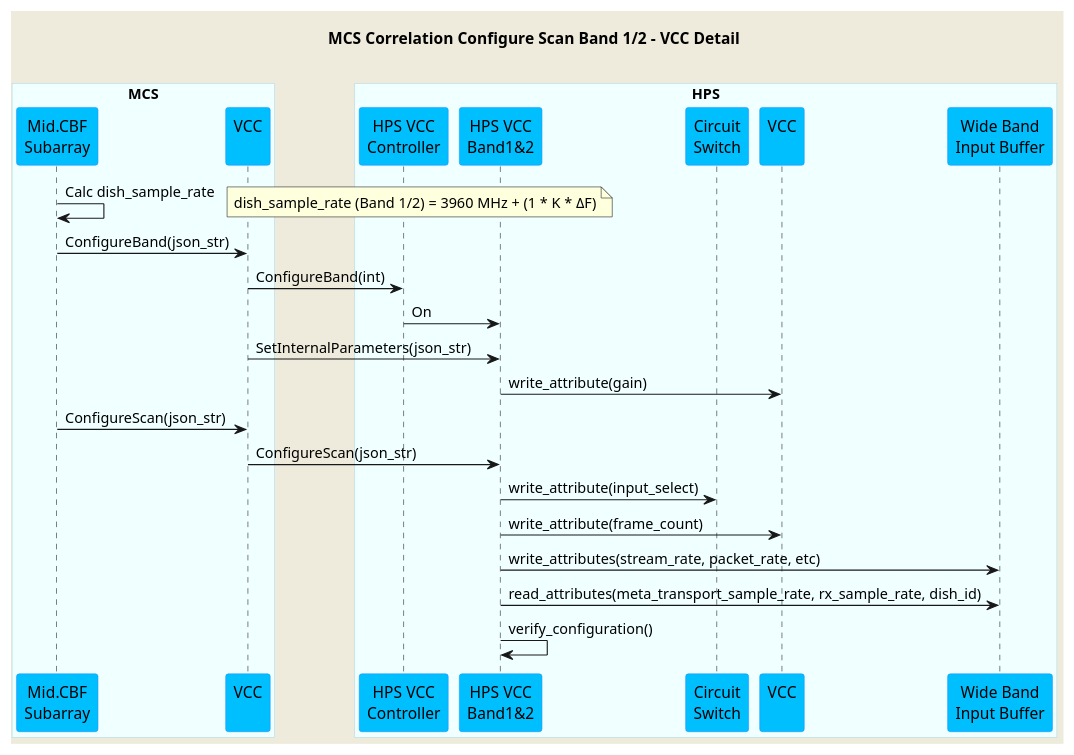
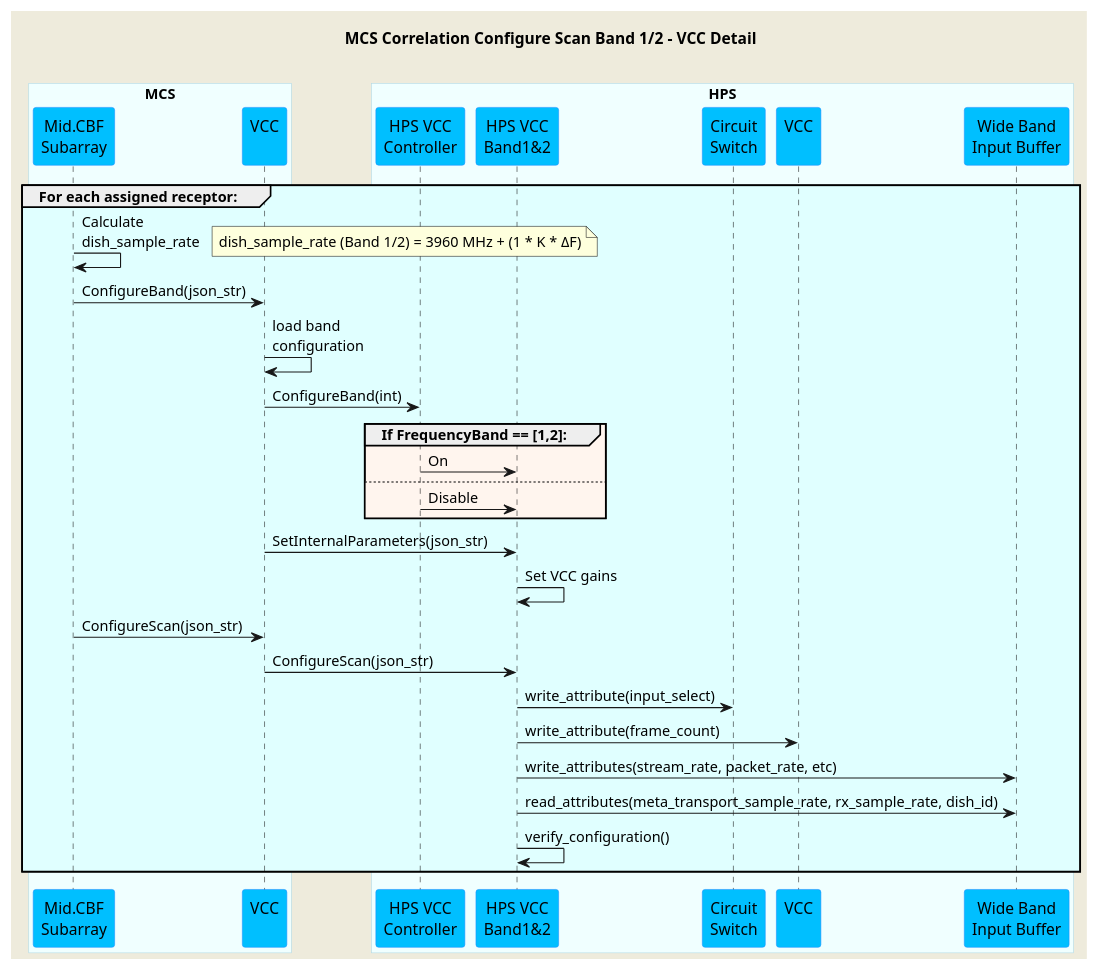
One commit to ska-telescope/mid-cbf-mcs changed the diagram in docs/src/diagrams/configure-scan-vcc.puml. Above: the diagram before and after it, drawn with PlantUML. The commit also changed 1 other file, not shown here.

Commit message:
CIP-2424 tweaks to configureScan diagram, started updating ConfigureScanVCC diagram

```diff
--- a/docs/src/diagrams/configure-scan-vcc.puml
+++ b/docs/src/diagrams/configure-scan-vcc.puml
@@ -1,46 +1,53 @@
 @startuml
 'https://plantuml.com/sequence-diagram
 
 skinparam backgroundColor #EEEBDC
 skinparam sequence {
 ParticipantBorderColor DodgerBlue
 ParticipantBackgroundColor DeepSkyBlue
 ActorBorderColor DarkGreen
 ActorBackgroundColor Green
 BoxBorderColor LightBlue
 BoxBackgroundColor #F0FFFF
 }
 
 title MCS Correlation Configure Scan Band 1/2 - VCC Detail\n
 
 box "MCS"
 participant "Mid.CBF\nSubarray" as subarray
 participant "VCC\n" as vcc
 end box
 
 box "HPS"
 participant "HPS VCC\nController" as hpsvcc
 participant "HPS VCC\nBand1&2" as vccband1
 participant "Circuit\nSwitch" as cs
 participant "VCC\n" as vccdevice
 participant "Wide Band\nInput Buffer" as wb
 end box
 
-subarray    -> subarray     : Calc dish_sample_rate
-note right                  : dish_sample_rate (Band 1/2) = 3960 MHz + (1 * K * <U+0394>F)
-subarray    -> vcc          : ConfigureBand(json_str)
-vcc         -> hpsvcc       : ConfigureBand(int)
-hpsvcc      -> vccband1     : On
-vcc         -> vccband1     : SetInternalParameters(json_str)
-vccband1    -> vccdevice    : write_attribute(gain)
-subarray    -> vcc          : ConfigureScan(json_str)
-vcc         -> vccband1     : ConfigureScan(json_str)
-vccband1    -> cs           : write_attribute(input_select)
-vccband1    -> vccdevice    : write_attribute(frame_count)
-vccband1    -> wb           : write_attributes(stream_rate, packet_rate, etc)
-vccband1    -> wb           : read_attributes(meta_transport_sample_rate, rx_sample_rate, dish_id)
-vccband1    -> vccband1     : verify_configuration()
+group #LightCyan For each assigned receptor:
+    subarray    -> subarray     : Calculate\ndish_sample_rate
+    note right                  : dish_sample_rate (Band 1/2) = 3960 MHz + (1 * K * <U+0394>F)
+    subarray    -> vcc          : ConfigureBand(json_str)
+    vcc         -> vcc          : load band\nconfiguration
+    vcc         -> hpsvcc       : ConfigureBand(int)
+    group #SeaShell If FrequencyBand == [1,2]:
+        hpsvcc  -> vccband1     : On
+    else 
+        hpsvcc  -> vccband1     : Disable
+    end group
+    vcc         -> vccband1     : SetInternalParameters(json_str)
+    vccband1    -> vccband1     : Set VCC gains
 
+    subarray    -> vcc          : ConfigureScan(json_str)
+    vcc         -> vccband1     : ConfigureScan(json_str)
+    vccband1    -> cs           : write_attribute(input_select)
+    vccband1    -> vccdevice    : write_attribute(frame_count)
+    vccband1    -> wb           : write_attributes(stream_rate, packet_rate, etc)
+    vccband1    -> wb           : read_attributes(meta_transport_sample_rate, rx_sample_rate, dish_id)
+    vccband1    -> vccband1     : verify_configuration()
+end group
 
 
 @enduml
```
